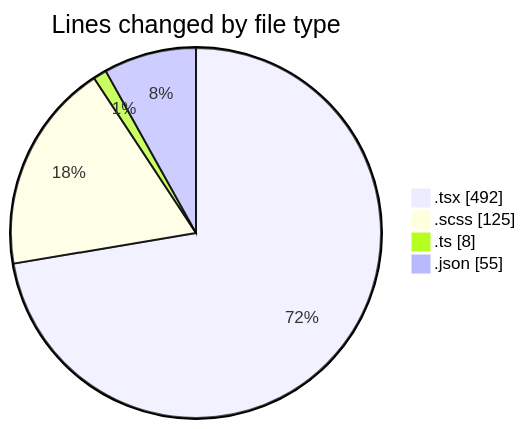
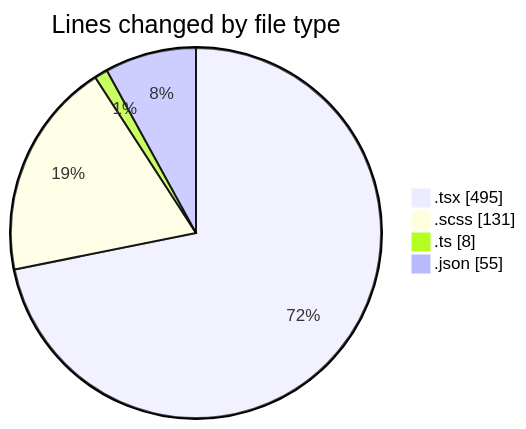
Before and after one commit to momahboobian/code-tracking: the first of 2 diagrams in 2026-10-30/cda/README.md, drawn with Mermaid. The commit also changed other lines of this file and 1 other file, not shown here.

````diff
--- a/2026-10-30/cda/README.md
+++ b/2026-10-30/cda/README.md
@@ -28,8 +28,8 @@
 ```mermaid
 pie showData
 title Lines changed by file type
-".tsx" : 492
-".scss" : 125
+".tsx" : 495
+".scss" : 131
 ".ts" : 8
 ".json" : 55
 ```
````
